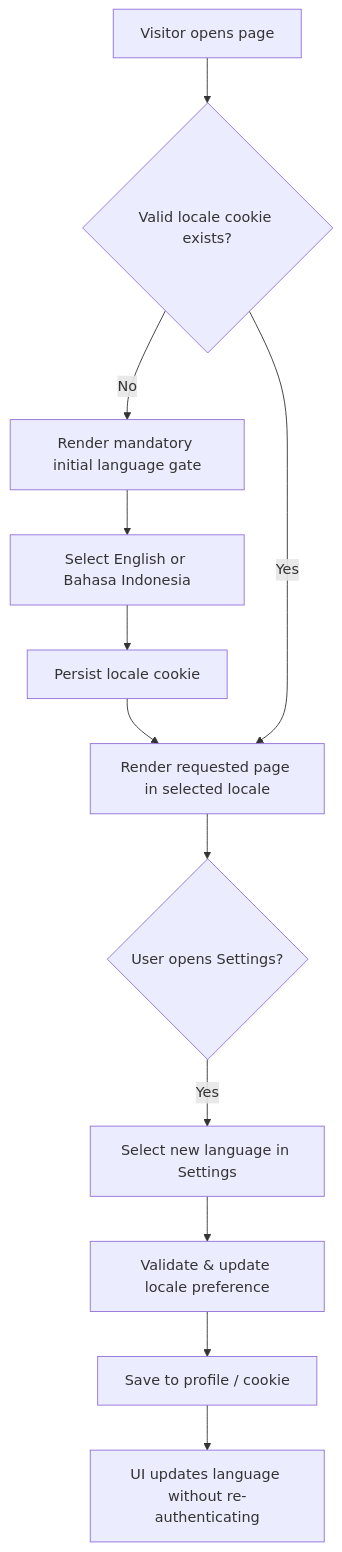
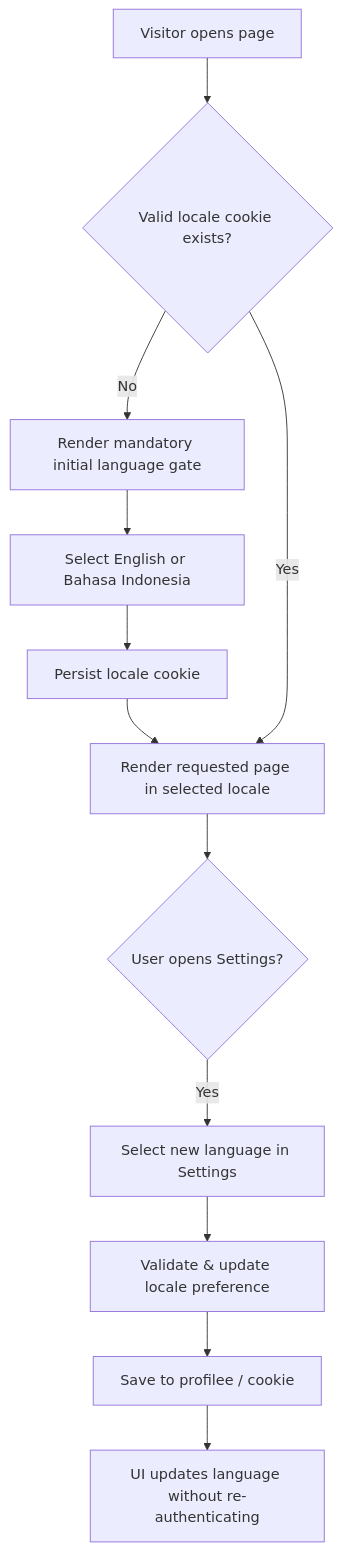
One commit to Hugo141132/Melon changed the sixth of 6 diagrams in docs/USER_FLOWS.md. Above: the diagram before and after it, drawn with Mermaid. The commit also changed other lines of this file and 31 other files, not shown here.

````diff
--- a/docs/USER_FLOWS.md
+++ b/docs/USER_FLOWS.md
@@ -196,14 +196,14 @@
 ```mermaid
 flowchart TD
     A[Visitor opens page] --> B{Valid locale cookie exists?}
     B -- No --> C[Render mandatory initial language gate]
     C --> D[Select English or Bahasa Indonesia]
     D --> E[Persist locale cookie]
     E --> F[Render requested page in selected locale]
     B -- Yes --> F
     F --> G{User opens Settings?}
     G -- Yes --> H[Select new language in Settings]
     H --> I[Validate & update locale preference]
-    I --> J[Save to profile / cookie]
+    I --> J[Save to profilee / cookie]
     J --> K[UI updates language without re-authenticating]
 ```
````
